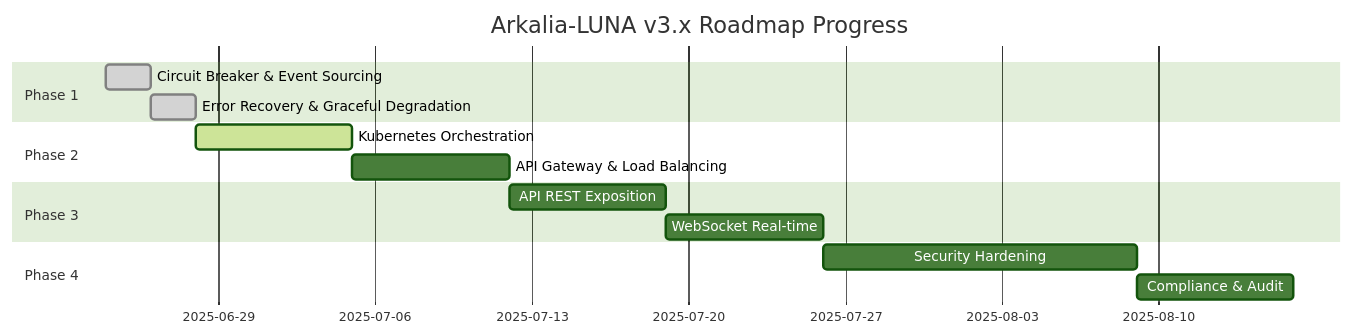
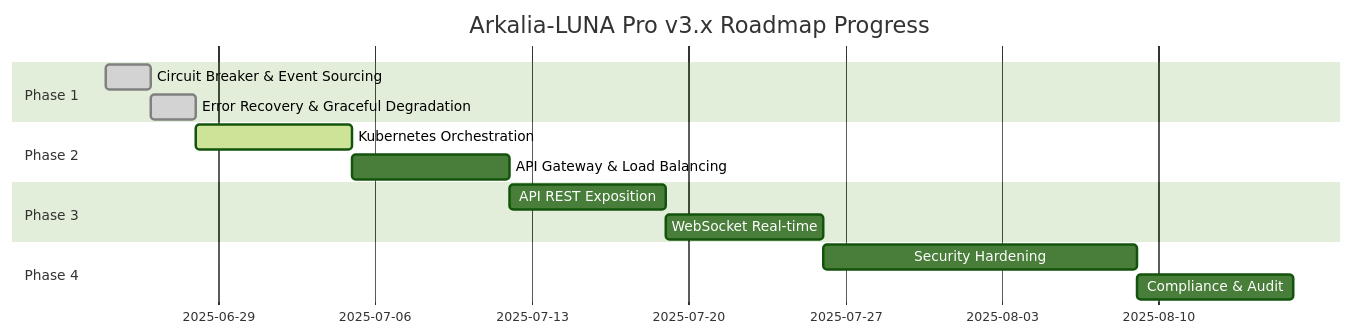
The first of 2 diagrams in docs/planning/roadmap/index.md (athalia-siwek/arkalia-luna-pro), drawn with Mermaid (forest theme) before and after one commit. The commit also changed other lines of this file and 99 other files, not shown here.

````diff
--- a/docs/planning/roadmap/index.md
+++ b/docs/planning/roadmap/index.md
@@ -80,17 +89,17 @@
 ```mermaid
 gantt
-    title Arkalia-LUNA v3.x Roadmap Progress
+    title Arkalia-LUNA Pro v3.x Roadmap Progress
     dateFormat  YYYY-MM-DD
     section Phase 1
     Circuit Breaker & Event Sourcing     :done, phase1-1, 2025-06-24, 2025-06-26
     Error Recovery & Graceful Degradation :done, phase1-2, 2025-06-26, 2025-06-28
     section Phase 2
     Kubernetes Orchestration            :active, phase2-2, 2025-06-28, 2025-07-05
     API Gateway & Load Balancing        :phase2-3, 2025-07-05, 2025-07-12
     section Phase 3
     API REST Exposition                 :phase3-1, 2025-07-12, 2025-07-19
     WebSocket Real-time                 :phase3-2, 2025-07-19, 2025-07-26
     section Phase 4
     Security Hardening                  :phase4-1, 2025-07-26, 2025-08-09
     Compliance & Audit                  :phase4-2, 2025-08-09, 2025-08-16
 ```
````
